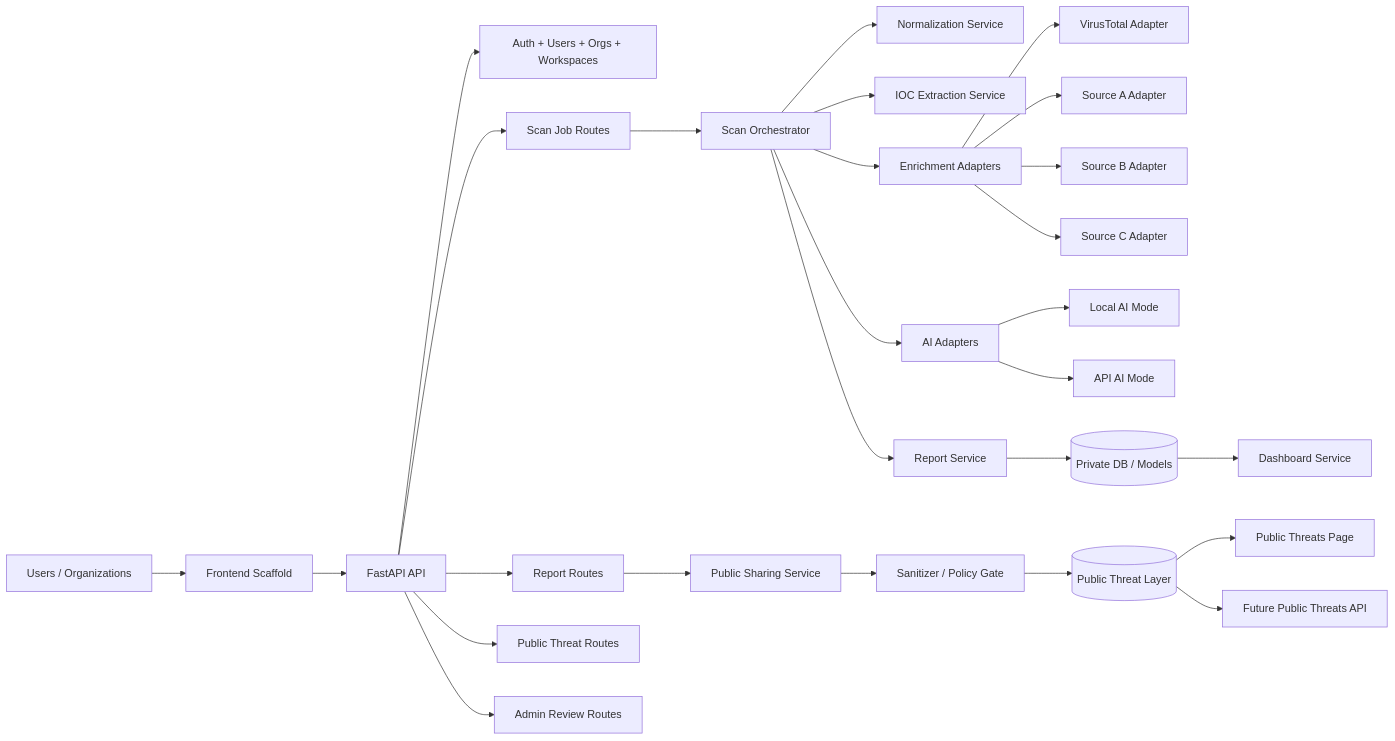
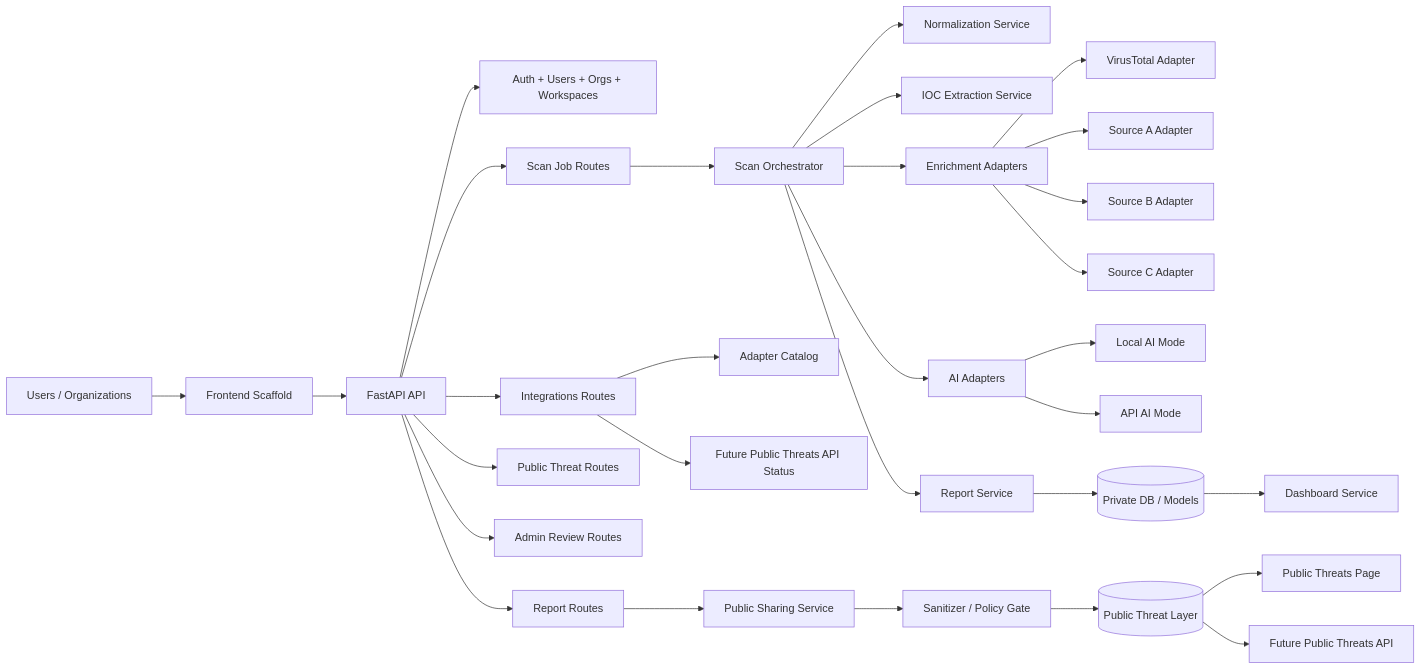
Before and after one commit to cl0udz1/cyber_guard_platfrom: the diagram in docs/diagrams/SYSTEM_OVERVIEW.md, drawn with Mermaid. The commit also changed 16 other files, not shown here.

````diff
--- a/docs/diagrams/SYSTEM_OVERVIEW.md
+++ b/docs/diagrams/SYSTEM_OVERVIEW.md
@@ -3,35 +3,38 @@
 ```mermaid
 flowchart LR
     U[Users / Organizations] --> FE[Frontend Scaffold]
     FE --> API[FastAPI API]
 
     API --> AUTH[Auth + Users + Orgs + Workspaces]
     API --> JOBS[Scan Job Routes]
     API --> REPORTS[Report Routes]
     API --> PUBLIC[Public Threat Routes]
     API --> ADMIN[Admin Review Routes]
+    API --> INTEGRATIONS[Integrations Routes]
 
     JOBS --> ORCH[Scan Orchestrator]
     ORCH --> NORM[Normalization Service]
     ORCH --> IOC[IOC Extraction Service]
     ORCH --> ENRICH[Enrichment Adapters]
     ORCH --> AI[AI Adapters]
     ORCH --> REP[Report Service]
 
     ENRICH --> VT[VirusTotal Adapter]
     ENRICH --> A[Source A Adapter]
     ENRICH --> B[Source B Adapter]
     ENRICH --> C[Source C Adapter]
 
     AI --> LOCAL[Local AI Mode]
     AI --> REMOTE[API AI Mode]
+    INTEGRATIONS --> CATALOG[Adapter Catalog]
+    INTEGRATIONS --> API2[Future Public Threats API Status]
 
     REP --> PRIVATE[(Private DB / Models)]
     REPORTS --> SHARE[Public Sharing Service]
     SHARE --> SAN[Sanitizer / Policy Gate]
     SAN --> PUBLICDB[(Public Threat Layer)]
 
     PRIVATE --> DASH[Dashboard Service]
     PUBLICDB --> FEED[Public Threats Page]
-    PUBLICDB --> API2[Future Public Threats API]
+    PUBLICDB --> API3[Future Public Threats API]
 ```
````
